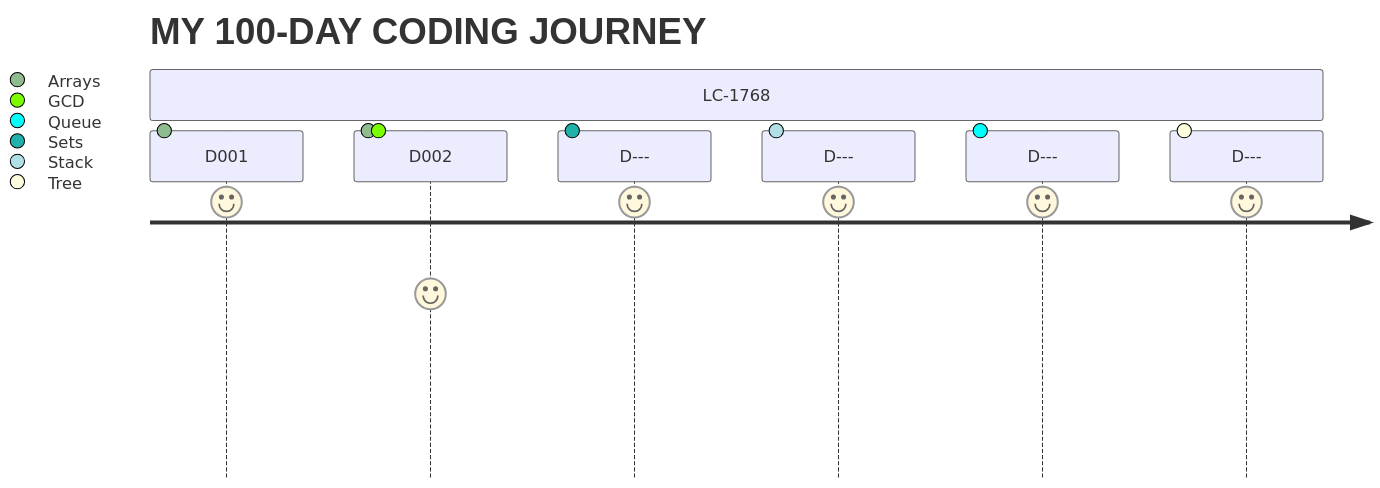
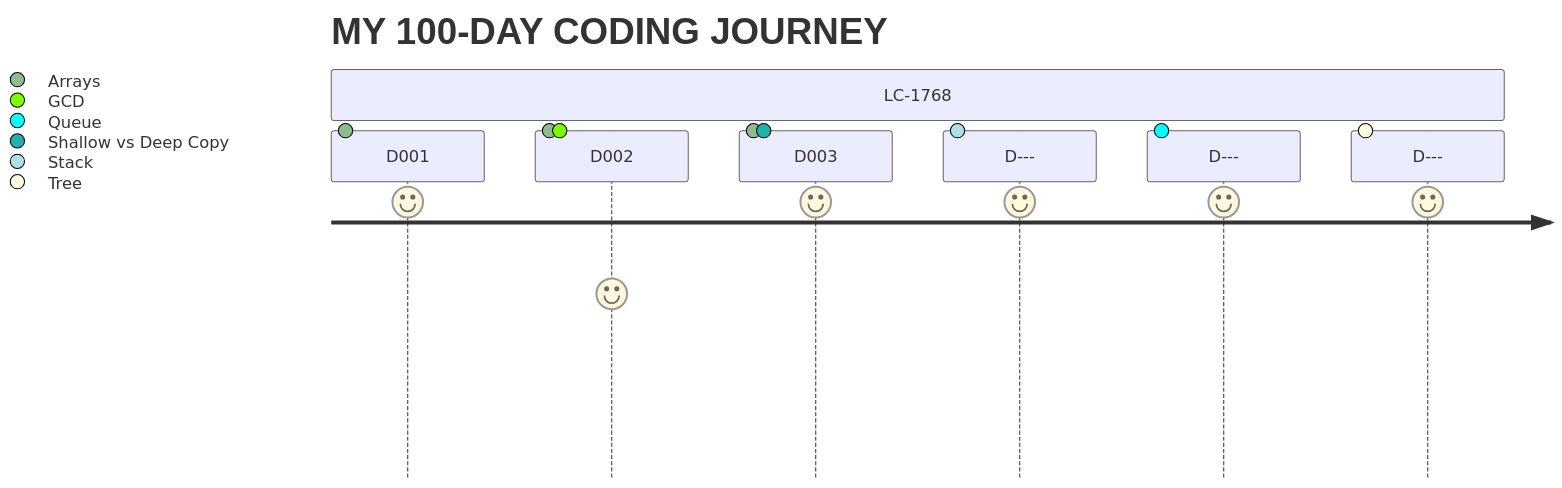
Before and after one commit to Edddush/100-days-of-code: the diagram in log.md, drawn with Mermaid.

Commit message:
Update chart for D003

````diff
--- a/log.md
+++ b/log.md
@@ -3,11 +3,11 @@
 ```mermaid
 journey
     title MY 100-DAY CODING JOURNEY
     section LC-1768
       D001: 9: Arrays
       D002: 6: Arrays, GCD
-      D---: 9: Sets
+      D003: 9: Arrays, Shallow vs Deep Copy
       D---: 9: Stack
       D---: 9: Queue
       D---: 9: Tree
 ```
````
